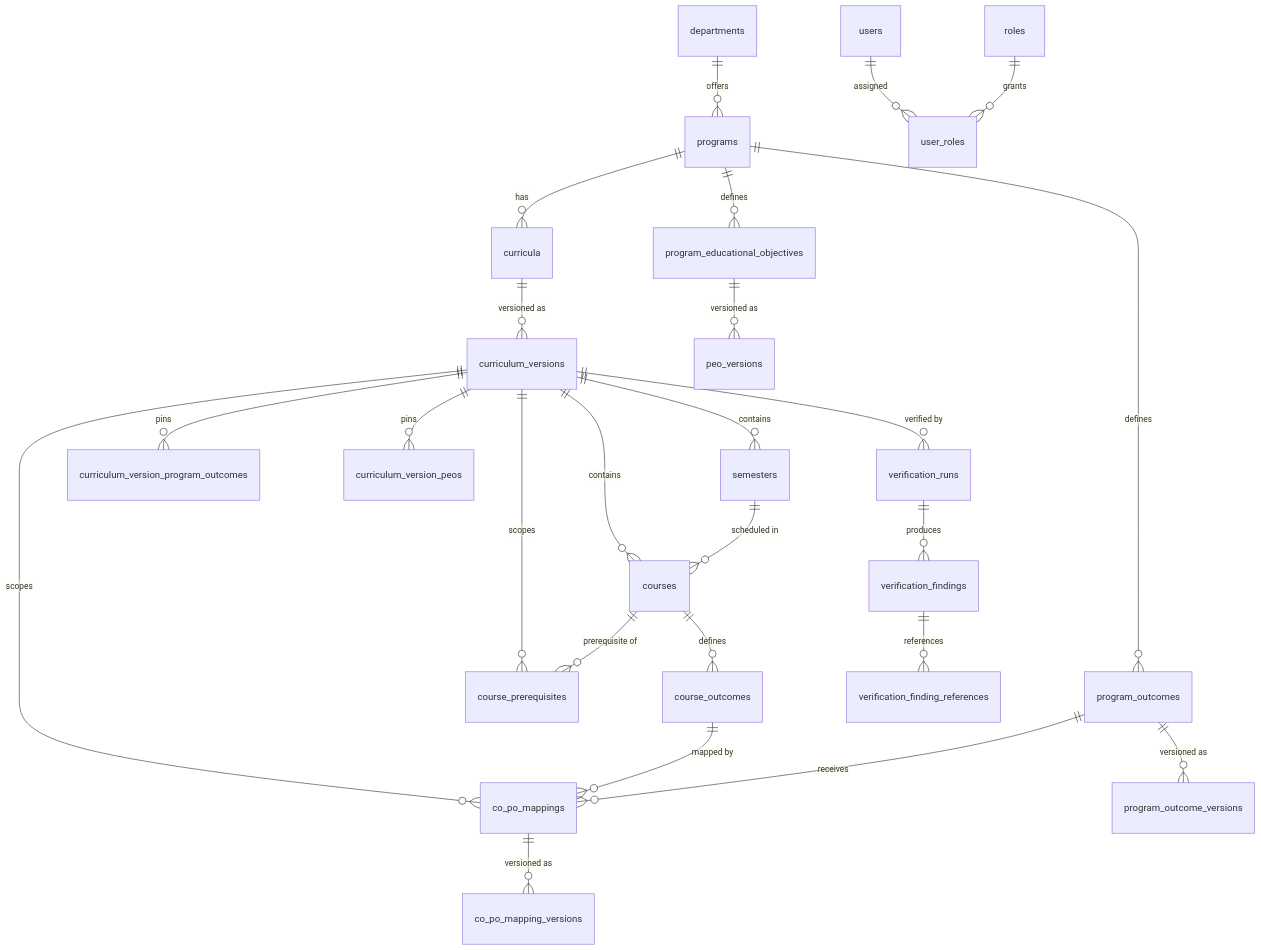
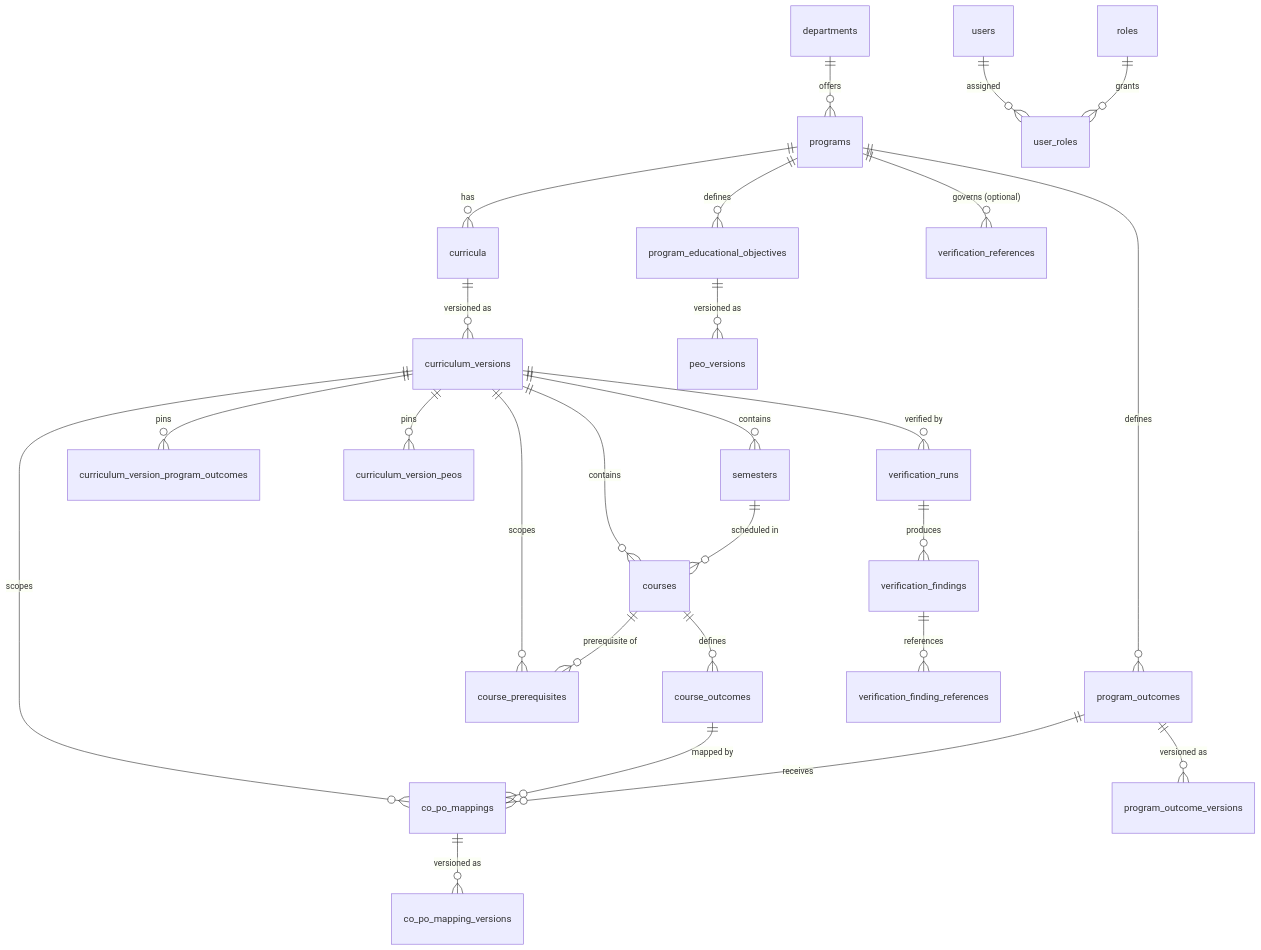
One commit to Vighnesh-V-H/curriculum-intelligence-framework changed the diagram in docs/lld/database-schema.md. Above: the diagram before and after it, drawn with Mermaid. The commit also changed other lines of this file and 8 other files, not shown here.

First line of the commit message:
docs: align drafting verification and graph documentation

````diff
--- a/docs/lld/database-schema.md
+++ b/docs/lld/database-schema.md
@@ -34,27 +34,28 @@
 ```mermaid
 erDiagram
     departments ||--o{ programs : "offers"
     programs ||--o{ curricula : "has"
     programs ||--o{ program_outcomes : "defines"
     programs ||--o{ program_educational_objectives : "defines"
     curricula ||--o{ curriculum_versions : "versioned as"
     curriculum_versions ||--o{ semesters : "contains"
     curriculum_versions ||--o{ courses : "contains"
     curriculum_versions ||--o{ co_po_mappings : "scopes"
     curriculum_versions ||--o{ course_prerequisites : "scopes"
     curriculum_versions ||--o{ curriculum_version_program_outcomes : "pins"
     curriculum_versions ||--o{ curriculum_version_peos : "pins"
     semesters ||--o{ courses : "scheduled in"
     courses ||--o{ course_outcomes : "defines"
     course_outcomes ||--o{ co_po_mappings : "mapped by"
     program_outcomes ||--o{ co_po_mappings : "receives"
     program_outcomes ||--o{ program_outcome_versions : "versioned as"
     program_educational_objectives ||--o{ peo_versions : "versioned as"
     co_po_mappings ||--o{ co_po_mapping_versions : "versioned as"
     courses ||--o{ course_prerequisites : "prerequisite of"
     curriculum_versions ||--o{ verification_runs : "verified by"
     verification_runs ||--o{ verification_findings : "produces"
     verification_findings ||--o{ verification_finding_references : "references"
+    programs ||--o{ verification_references : "governs (optional)"
     users ||--o{ user_roles : "assigned"
     roles ||--o{ user_roles : "grants"
 ```
````
